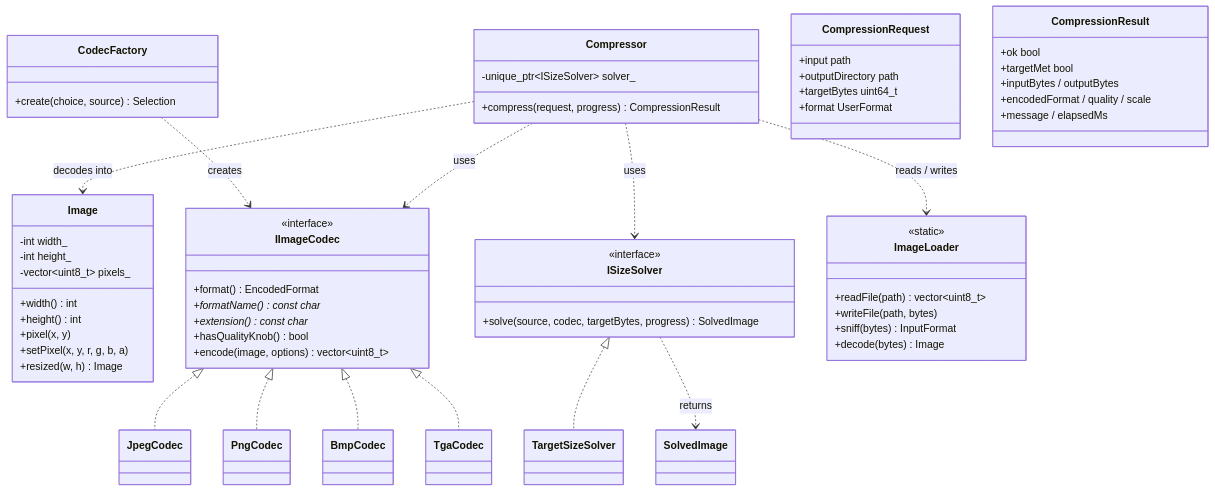
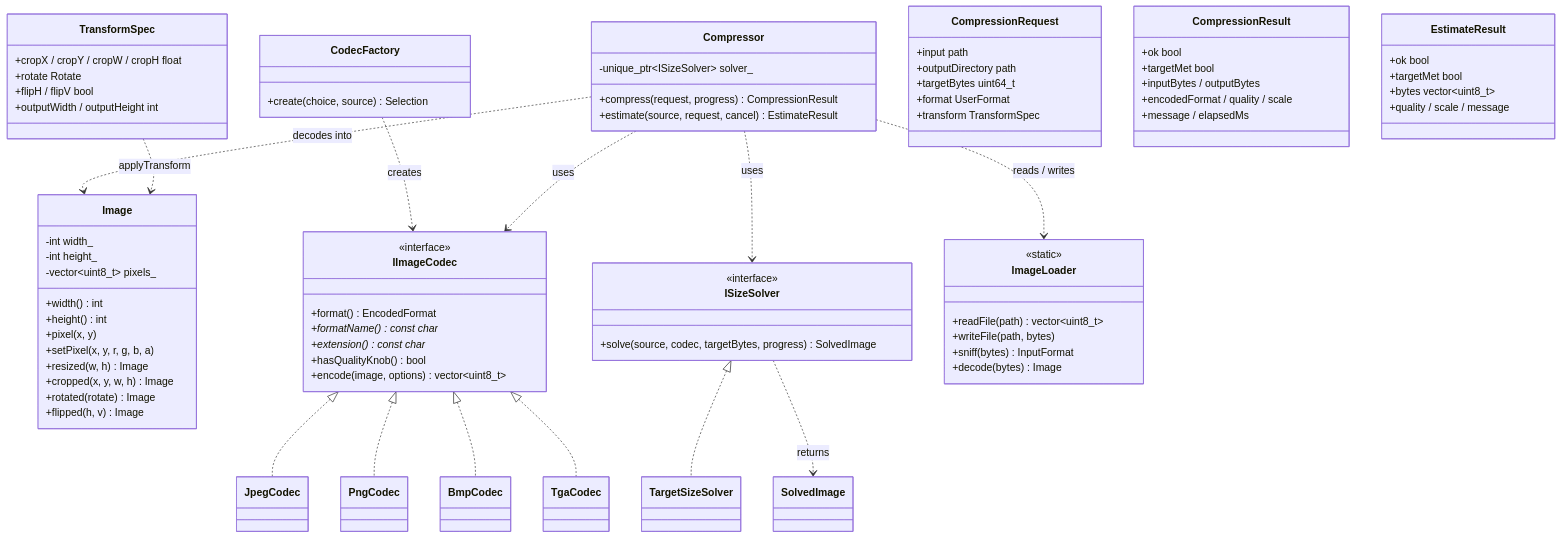
The diagram in README.md (UtkarshJoshiNtl/PressPNG), drawn with Mermaid before and after one commit. The commit also changed other lines of this file and 29 other files, not shown here.

```diff
--- a/README.md
+++ b/README.md
@@ -112,6 +146,9 @@
         +pixel(x, y)
         +setPixel(x, y, r, g, b, a)
         +resized(w, h) Image
+        +cropped(x, y, w, h) Image
+        +rotated(rotate) Image
+        +flipped(h, v) Image
     }
 
     class IImageCodec {
@@ -146,6 +183,7 @@
     class Compressor {
         -unique_ptr~ISizeSolver~ solver_
         +compress(request, progress) CompressionResult
+        +estimate(source, request, cancel) EstimateResult
     }
     Compressor ..> ISizeSolver : uses
     Compressor ..> IImageCodec : uses
@@ -160,11 +198,21 @@
         +decode(bytes) Image
     }
 
+    class TransformSpec {
+        +cropX / cropY / cropW / cropH float
+        +rotate Rotate
+        +flipH / flipV bool
+        +outputWidth / outputHeight int
+    }
+    class Image
+    TransformSpec ..> Image : applyTransform
+
     class CompressionRequest {
         +input path
         +outputDirectory path
         +targetBytes uint64_t
         +format UserFormat
+        +transform TransformSpec
     }
     class CompressionResult {
         +ok bool
@@ -173,6 +221,12 @@
         +encodedFormat / quality / scale
         +message / elapsedMs
     }
+    class EstimateResult {
+        +ok bool
+        +targetMet bool
+        +bytes vector~uint8_t~
+        +quality / scale / message
+    }
 
     class ISizeSolver
     class SolvedImage
```
